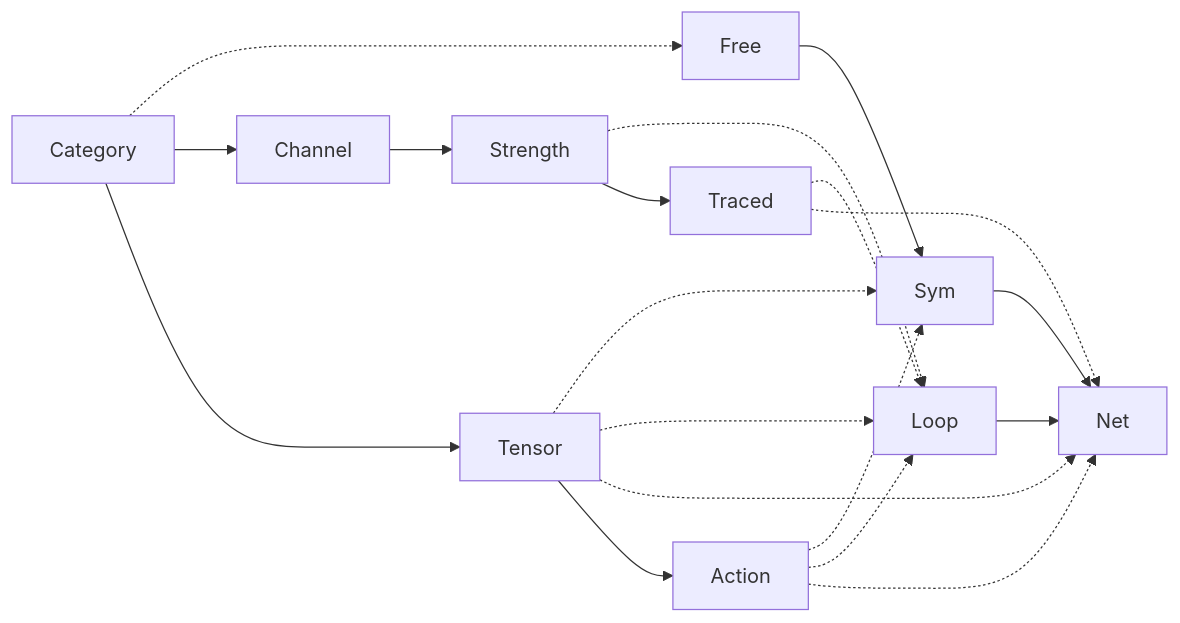
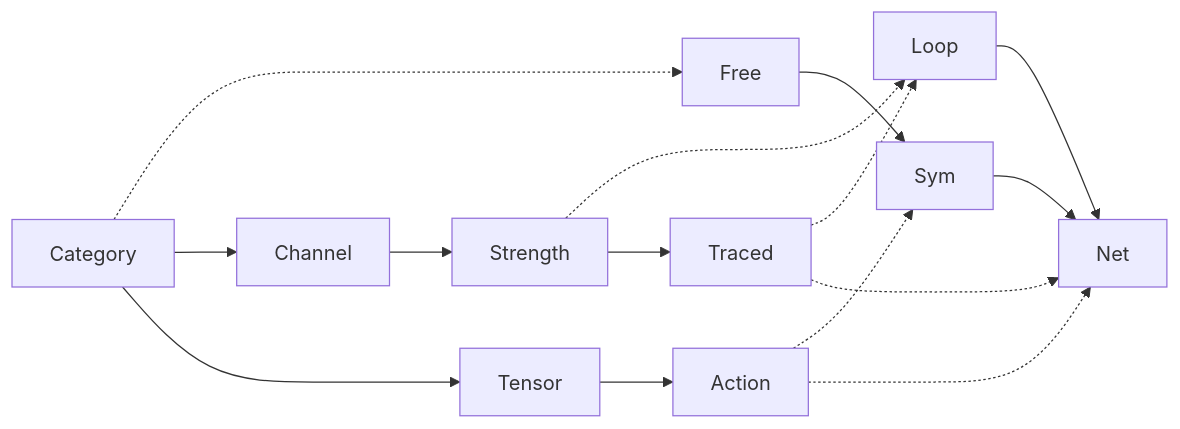
Before and after one commit to tonyday567/circuits: the diagram in other/circuits-dag.md, drawn with Mermaid. The commit also changed other lines of this file, not shown here.

Commit message:
Redraw Tensor/Action relationships: only Action feeds Sym and Net as Law

````diff
--- a/other/circuits-dag.md
+++ b/other/circuits-dag.md
@@ -3,30 +3,26 @@
 ```mermaid
 graph LR
   Category["Category"]
   Channel["Channel"]
   Strength["Strength"]
   Traced["Traced"]
   Tensor["Tensor"]
   Action["Action"]
 
   Free["Free"]
   Sym["Sym"]
   Net["Net"]
   Loop["Loop"]
 
   Category -.-> Free
   Strength -.-> Loop
   Traced -.-> Loop
-  Tensor -.-> Sym
   Action -.-> Sym
-  Tensor -.-> Loop
-  Action -.-> Loop
-  Tensor -.-> Net
   Action -.-> Net
   Traced -.-> Net
 
   Category --> Channel --> Strength --> Traced
   Category --> Tensor --> Action
   Free --> Sym --> Net
   Loop --> Net
 ```
````
